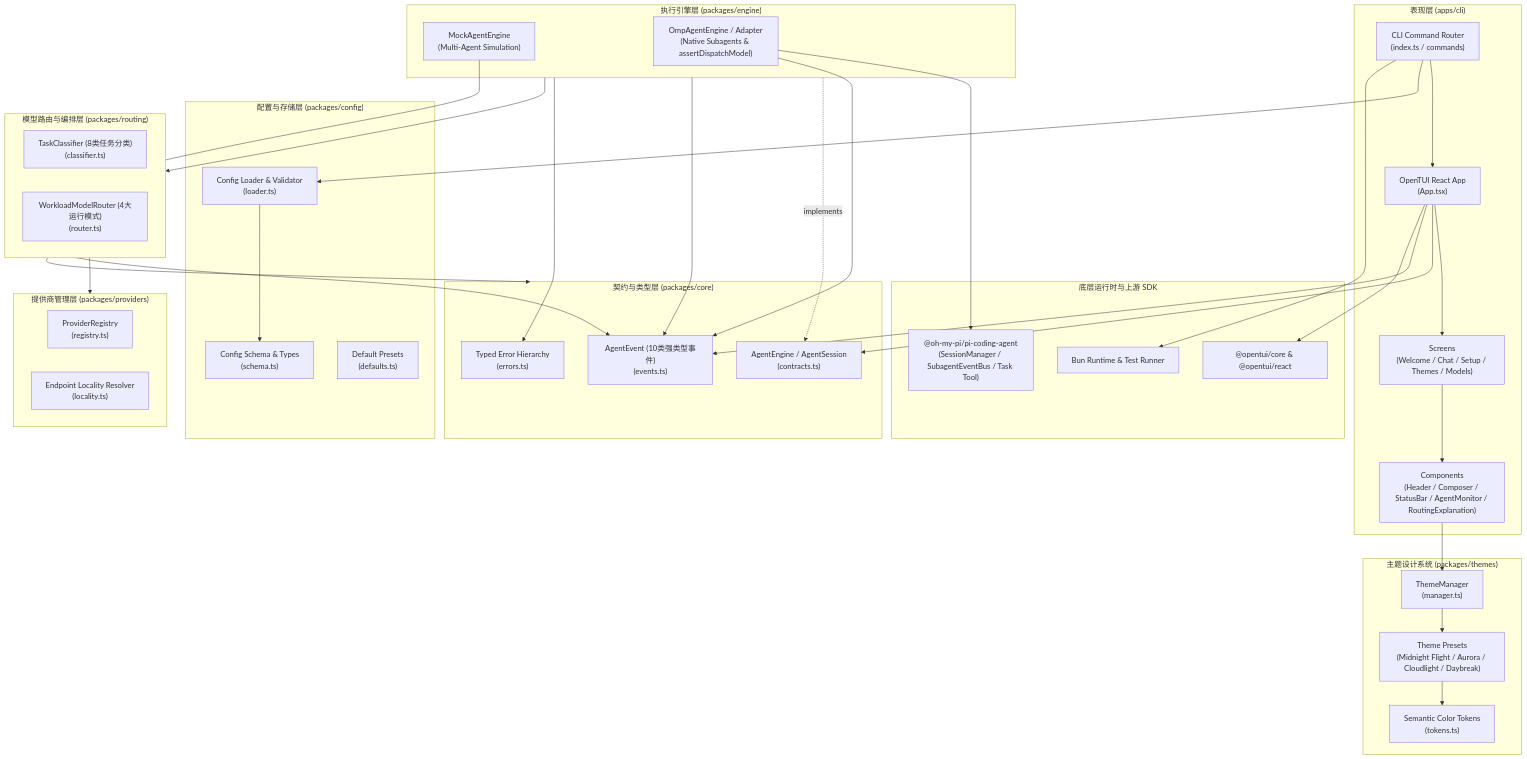
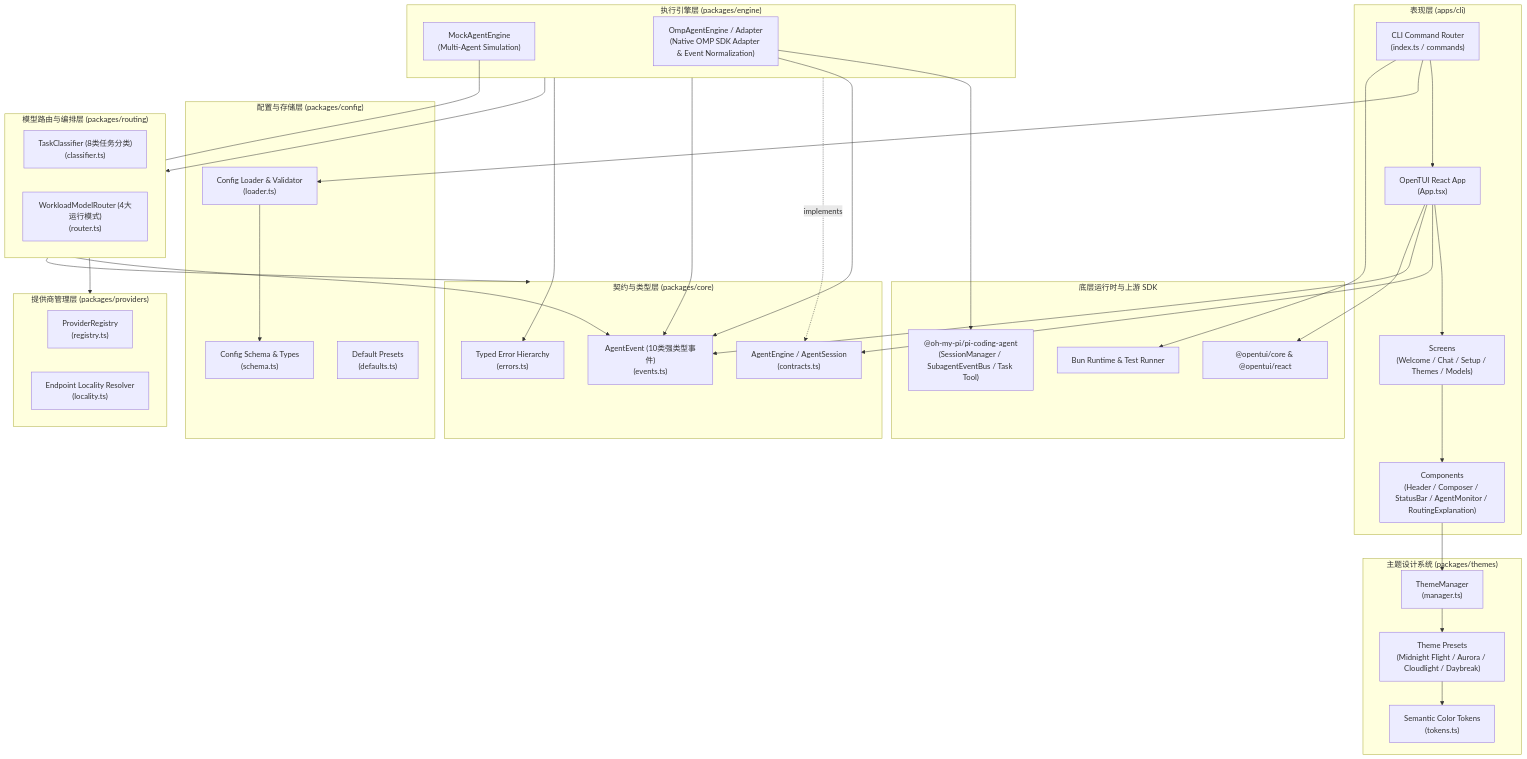
One commit to Aoody743/nightglide-cli changed the first of 2 diagrams in docs/ARCHITECTURE.md. Above: the diagram before and after it, drawn with Mermaid. The commit also changed other lines of this file and 30 other files, not shown here.

````diff
--- a/docs/ARCHITECTURE.md
+++ b/docs/ARCHITECTURE.md
@@ -30,75 +32,75 @@
 ```mermaid
 flowchart TD
     subgraph UI ["表现层 (apps/cli)"]
         CLI["CLI Command Router\n(index.ts / commands)"]
         App["OpenTUI React App\n(App.tsx)"]
         Screens["Screens\n(Welcome / Chat / Setup / Themes / Models)"]
         Components["Components\n(Header / Composer / StatusBar / AgentMonitor / RoutingExplanation)"]
     end
 
     subgraph Core ["契约与类型层 (packages/core)"]
         Contracts["AgentEngine / AgentSession\n(contracts.ts)"]
         Events["AgentEvent (10类强类型事件)\n(events.ts)"]
         Errors["Typed Error Hierarchy\n(errors.ts)"]
     end
 
     subgraph ProvidersPkg ["提供商管理层 (packages/providers)"]
         ProviderRegistry["ProviderRegistry\n(registry.ts)"]
         LocalityChecker["Endpoint Locality Resolver\n(locality.ts)"]
     end
 
     subgraph RoutingPkg ["模型路由与编排层 (packages/routing)"]
         TaskClassifier["TaskClassifier (8类任务分类)\n(classifier.ts)"]
         ModelRouter["WorkloadModelRouter (4大运行模式)\n(router.ts)"]
     end
 
     subgraph Themes ["主题设计系统 (packages/themes)"]
         Tokens["Semantic Color Tokens\n(tokens.ts)"]
         ThemePresets["Theme Presets\n(Midnight Flight / Aurora / Cloudlight / Daybreak)"]
         ThemeMgr["ThemeManager\n(manager.ts)"]
     end
 
     subgraph Config ["配置与存储层 (packages/config)"]
         Schema["Config Schema & Types\n(schema.ts)"]
         Loader["Config Loader & Validator\n(loader.ts)"]
         Defaults["Default Presets\n(defaults.ts)"]
     end
 
     subgraph Engine ["执行引擎层 (packages/engine)"]
         MockEngine["MockAgentEngine\n(Multi-Agent Simulation)"]
-        OMPAdapter["OmpAgentEngine / Adapter\n(Native Subagents & assertDispatchModel)"]
+        OMPAdapter["OmpAgentEngine / Adapter\n(Native OMP SDK Adapter & Event Normalization)"]
     end
 
     subgraph Upstream ["底层运行时与上游 SDK"]
         OMPSDK["@oh-my-pi/pi-coding-agent\n(SessionManager / SubagentEventBus / Task Tool)"]
         OpenTUI["@opentui/core & @opentui/react"]
         BunRuntime["Bun Runtime & Test Runner"]
     end
 
     CLI --> App
     App --> Screens
     Screens --> Components
     Components --> ThemeMgr
     ThemeMgr --> ThemePresets
     ThemePresets --> Tokens
 
     App --> Contracts
     App --> Events
     CLI --> Loader
     Loader --> Schema
 
     Engine -.implements.-> Contracts
     Engine --> Events
     Engine --> Errors
 
     RoutingPkg --> ProvidersPkg
     RoutingPkg --> Core
     Engine --> RoutingPkg
 
     MockEngine --> Events
     OMPAdapter --> OMPSDK
     OMPAdapter --> Events
 
     App --> OpenTUI
     CLI --> BunRuntime
 ```
````
